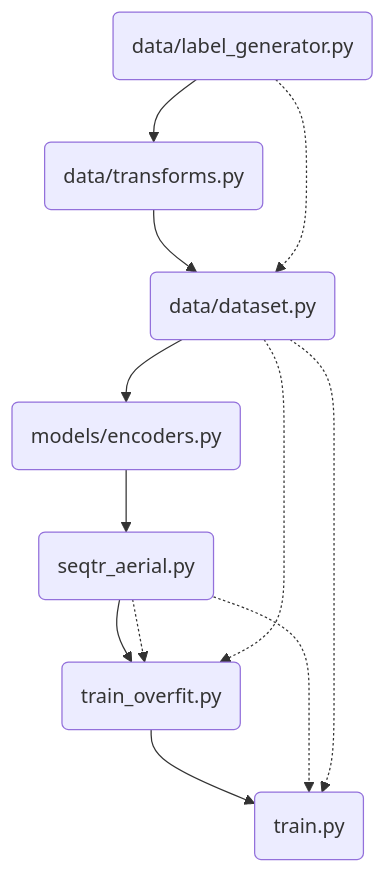
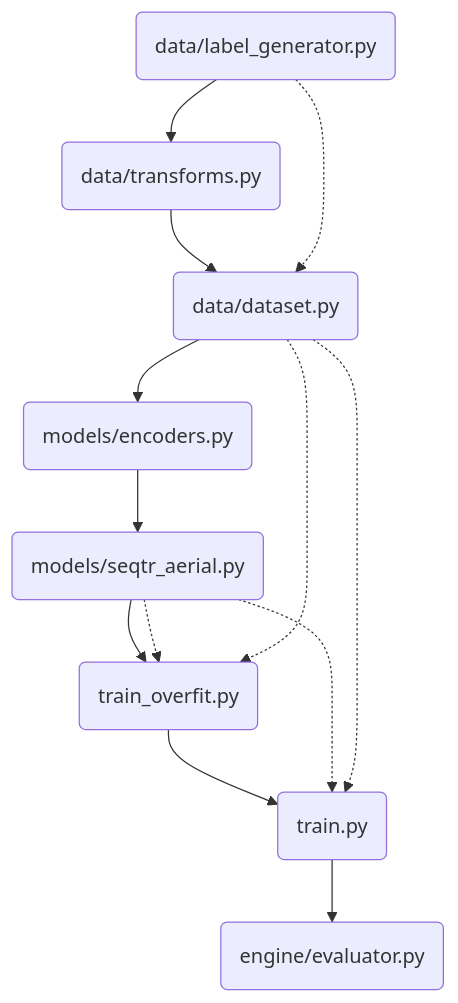
The first of 2 diagrams in README.md (Reverse2613/PaperReproduction-SKYFIND), drawn with Mermaid before and after one commit. The commit also changed other lines of this file and 2 other files, not shown here.

Commit message:
repair train.py and upload inference code

````diff
--- a/README.md
+++ b/README.md
@@ -54,10 +56,10 @@
  ```mermaid
  graph TB
  A(data/label_generator.py)-->B(data/transforms.py)-->C(data/dataset.py)
  A-.->C
- C-->D(models/encoders.py)-->E(seqtr_aerial.py)-->F(train_overfit.py)-->G(train.py)
+ C-->D(models/encoders.py)-->E(models/seqtr_aerial.py)-->F(train_overfit.py)-->G(train.py)-->H(engine/evaluator.py)
  E-.->F
  C-.->F
  E-.->G
  C-.->G
  ```
````
